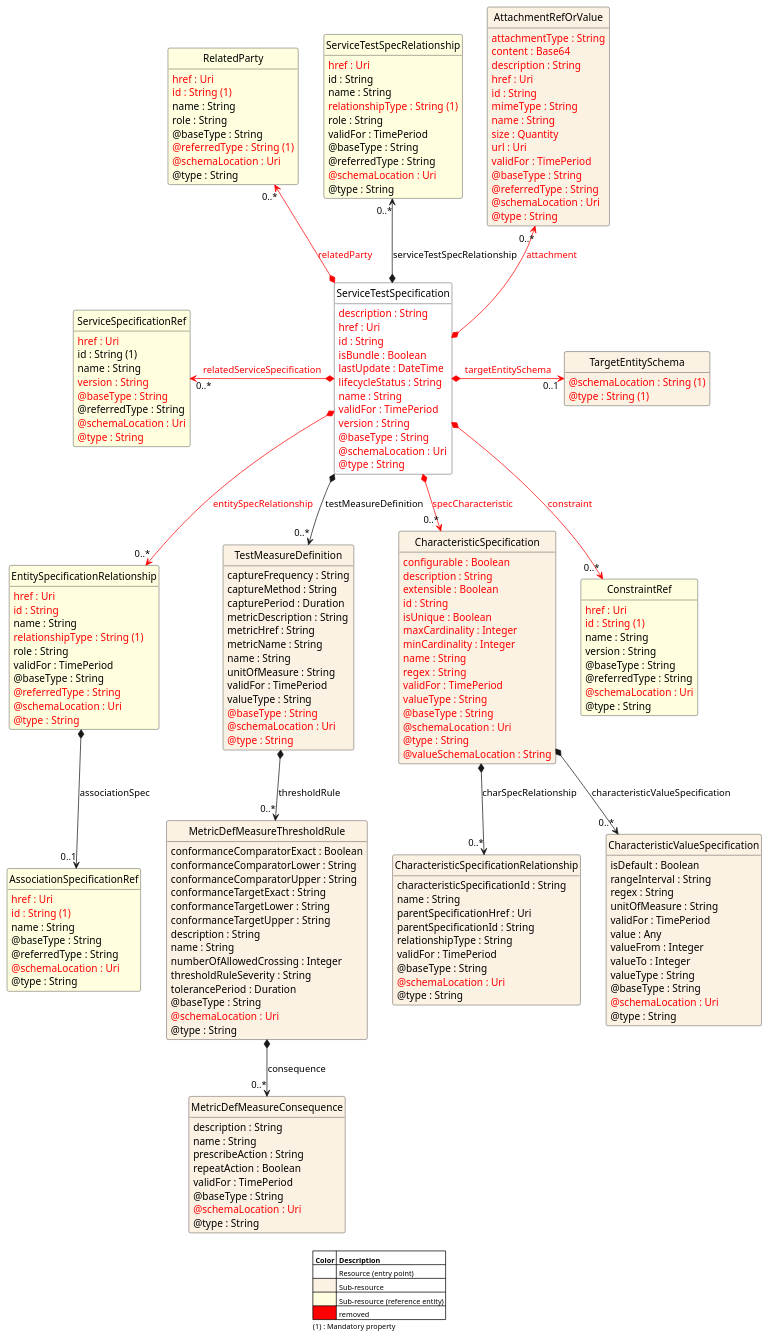
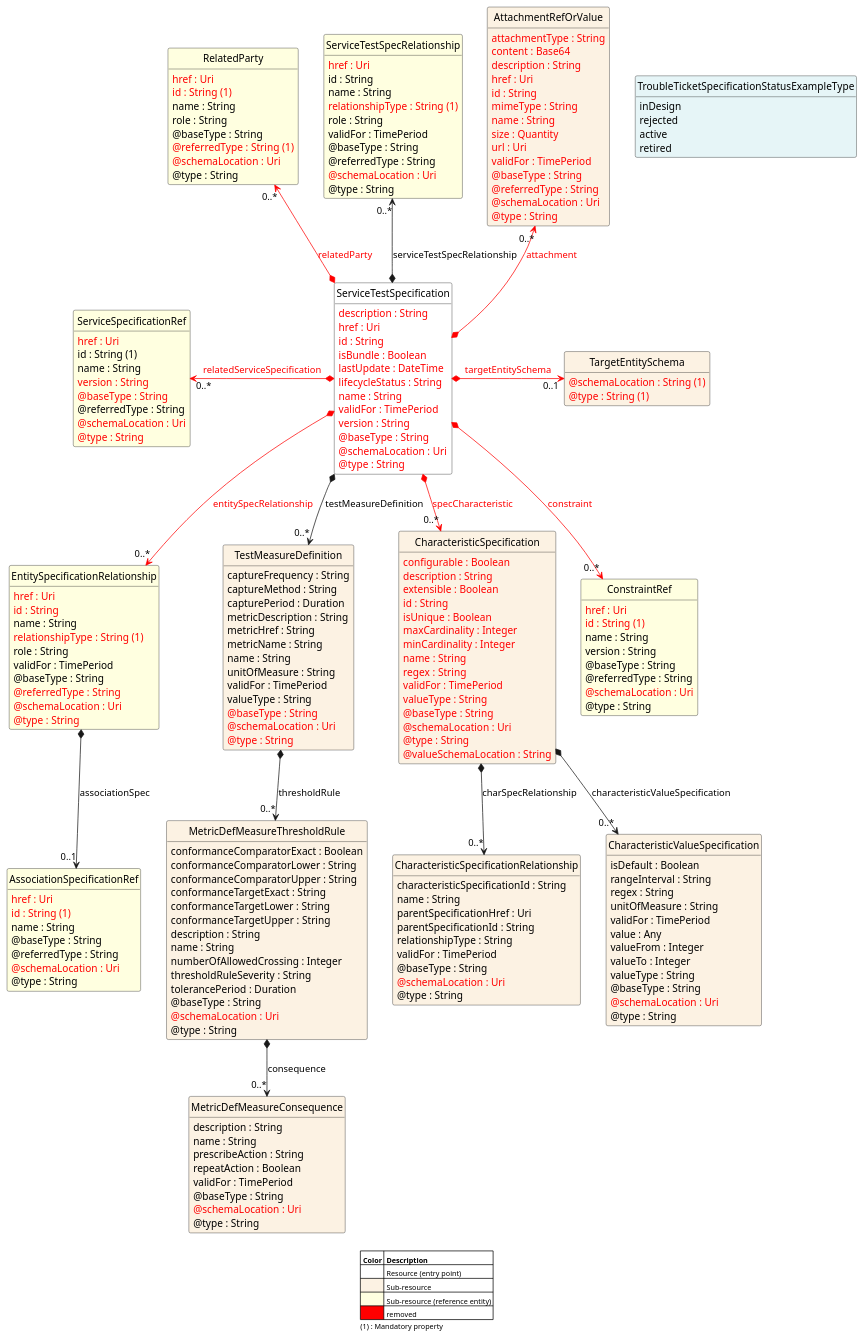
The diagram in src/main/resources/test-4.puml (knutaa/pumloverlay), drawn with PlantUML before and after one commit. The commit also changed 3 other files, not shown here.

```diff
--- a/src/main/resources/test-4.puml
+++ b/src/main/resources/test-4.puml
@@ -22,6 +22,15 @@
    borderRoundCorner 0
    borderColor red
    backgroundColor white
+}
+
+
+
+class TroubleTicketSpecificationStatusExampleType <<Enumeration>> {
+    inDesign
+    rejected
+    active
+    retired
 }
 
 class ServiceTestSpecification  <<Pivot>> {
@@ -219,6 +228,7 @@
     @type : String
 }
 
+
 'sequence: 13
 'processing edges for ServiceTestSpecification
 ServiceTestSpecification *-->  "0..*" TestMeasureDefinition : testMeasureDefinition
```
